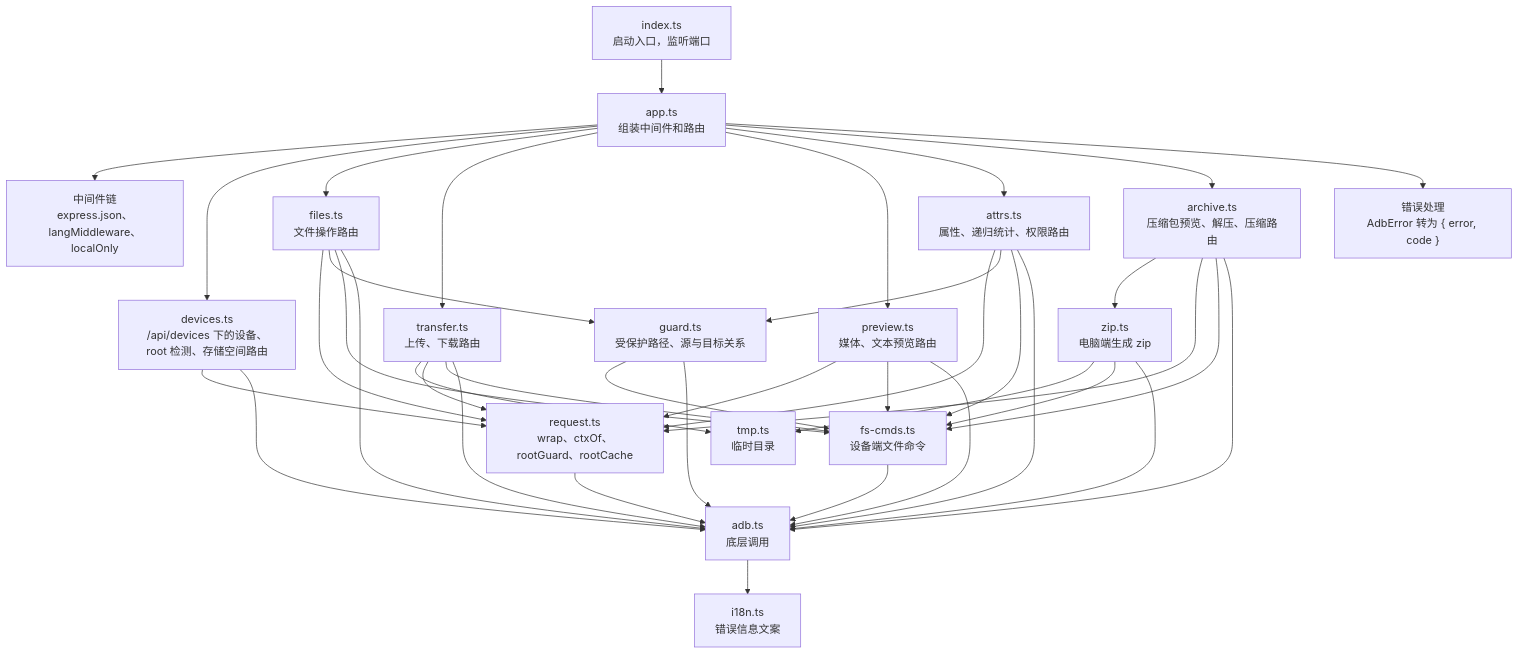
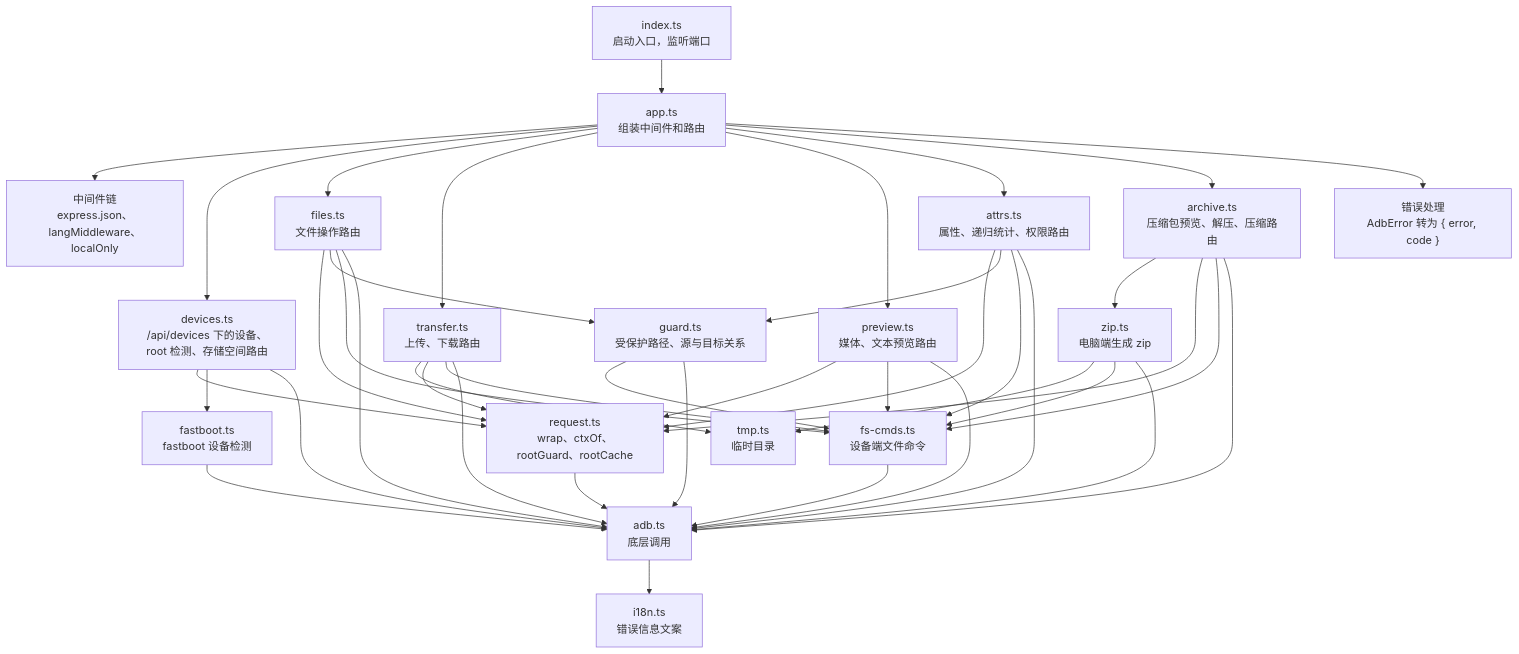
Before and after one commit to wynnyu/adb-file-manager: the third of 12 diagrams in docs/architecture.md, drawn with Mermaid. The commit also changed other lines of this file and 5 other files, not shown here.

````diff
--- a/docs/architecture.md
+++ b/docs/architecture.md
@@ -65,19 +68,21 @@
 ```mermaid
 flowchart TB
   index["index.ts<br/>启动入口，监听端口"] --> app["app.ts<br/>组装中间件和路由"]
   app --> mw["中间件链<br/>express.json、langMiddleware、localOnly"]
   app --> devices["devices.ts<br/>/api/devices 下的设备、root 检测、存储空间路由"]
   app --> files["files.ts<br/>文件操作路由"]
   app --> transfer["transfer.ts<br/>上传、下载路由"]
   app --> preview["preview.ts<br/>媒体、文本预览路由"]
   app --> attrs["attrs.ts<br/>属性、递归统计、权限路由"]
   app --> archive["archive.ts<br/>压缩包预览、解压、压缩路由"]
   archive --> zip["zip.ts<br/>电脑端生成 zip"]
   zip & transfer --> tmp["tmp.ts<br/>临时目录"]
   app --> errh["错误处理<br/>AdbError 转为 { error, code }"]
   files & transfer & preview & attrs & archive & devices --> request["request.ts<br/>wrap、ctxOf、rootGuard、rootCache"]
   files & attrs --> guard["guard.ts<br/>受保护路径、源与目标关系"]
   files & transfer & preview & attrs & archive & zip & guard --> fscmds["fs-cmds.ts<br/>设备端文件命令"]
+  devices --> fastboot["fastboot.ts<br/>fastboot 设备检测"]
+  fastboot --> adb
   fscmds & devices & request & guard & files & transfer & preview & attrs & archive & zip --> adb["adb.ts<br/>底层调用"]
   adb --> i18n["i18n.ts<br/>错误信息文案"]
 ```
````
